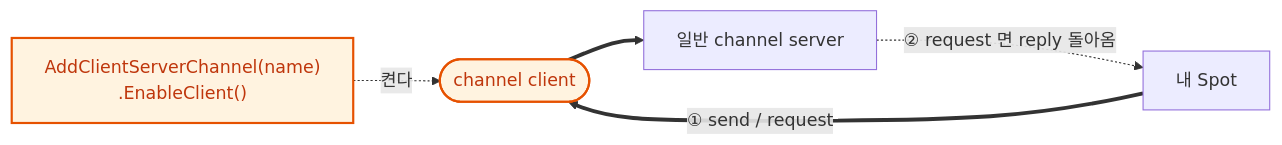
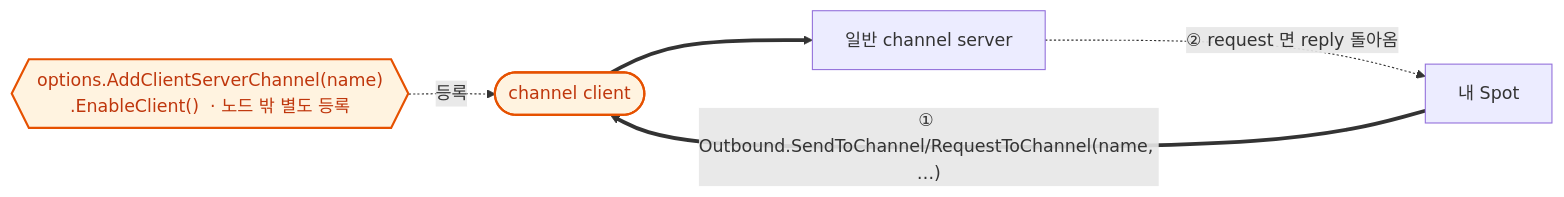
One commit to kairos-code-dev/zlink changed the sixth of 8 diagrams in framework/doc/framework/dotnet/guide/05-spot.ko.md. Above: the diagram before and after it, drawn with Mermaid. The commit also changed other lines of this file and 429 other files, not shown here.

````diff
--- a/framework/doc/framework/dotnet/guide/05-spot.ko.md
+++ b/framework/doc/framework/dotnet/guide/05-spot.ko.md
@@ -238,8 +250,8 @@
 ```mermaid
 flowchart LR
-  f["AddClientServerChannel(name)<br/>.EnableClient()"] -. 켠다 .-> c(["channel client"])
-  spot["내 Spot"] ==>|"① send / request"| c ==> svc["일반 channel server"]
+  f{{"options.AddClientServerChannel(name)<br/>.EnableClient()  · 노드 밖 별도 등록"}} -. 등록 .-> c(["channel client"])
+  spot["내 Spot"] ==>|"① Outbound.SendToChannel/RequestToChannel(name, …)"| c ==> svc["일반 channel server"]
   svc -.->|"② request 면 reply 돌아옴"| spot
   classDef b fill:#fff3e0,stroke:#e65100,stroke-width:2px,color:#bf360c;
   class f,c b;
 ```
````
